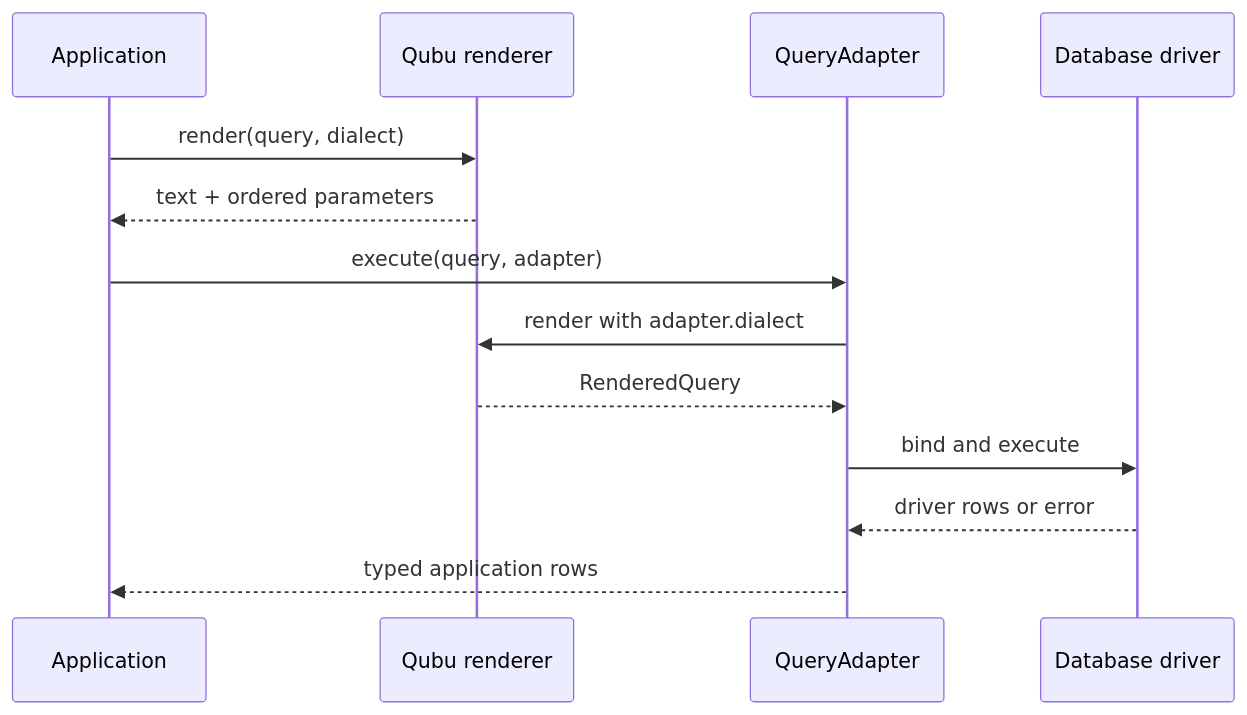
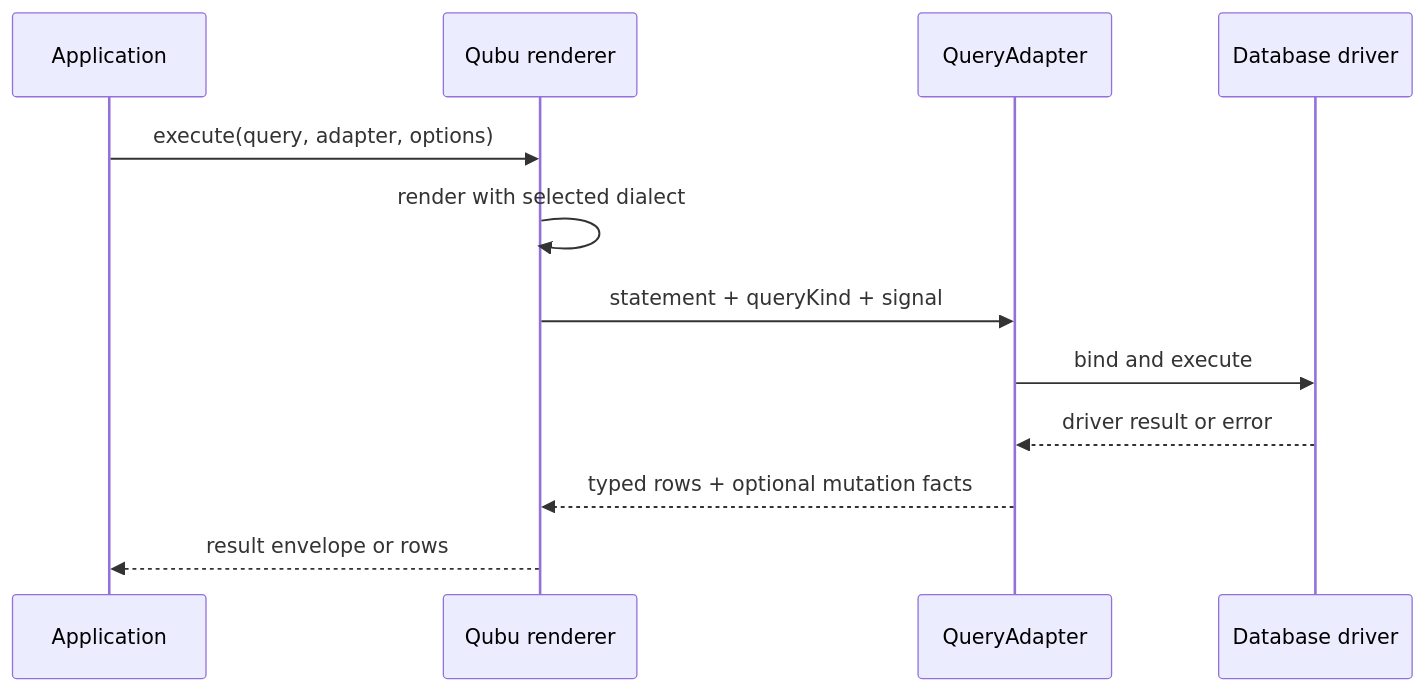
Before and after one commit to aleclarson/qubu: the diagram in docs/dialects-and-execution.md, drawn with Mermaid. The commit also changed other lines of this file and 13 other files, not shown here.

````diff
--- a/docs/dialects-and-execution.md
+++ b/docs/dialects-and-execution.md
@@ -115,16 +154,15 @@
 ```mermaid
 sequenceDiagram
   participant App as Application
   participant Qubu as Qubu renderer
   participant Adapter as QueryAdapter
   participant Driver as Database driver
 
-  App->>Qubu: render(query, dialect)
-  Qubu-->>App: text + ordered parameters
-  App->>Adapter: execute(query, adapter)
-  Adapter->>Qubu: render with adapter.dialect
-  Qubu-->>Adapter: RenderedQuery
+  App->>Qubu: execute(query, adapter, options)
+  Qubu->>Qubu: render with selected dialect
+  Qubu->>Adapter: statement + queryKind + signal
   Adapter->>Driver: bind and execute
-  Driver-->>Adapter: driver rows or error
-  Adapter-->>App: typed application rows
+  Driver-->>Adapter: driver result or error
+  Adapter-->>Qubu: typed rows + optional mutation facts
+  Qubu-->>App: result envelope or rows
 ```
````
